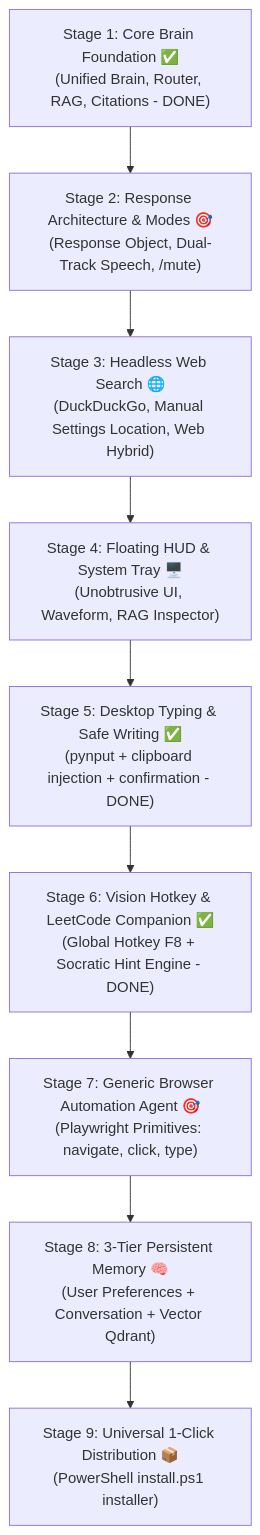
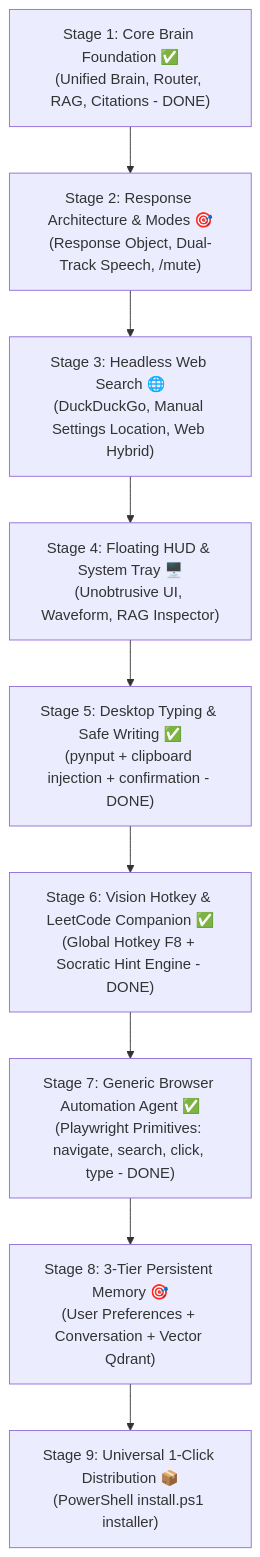
One commit to Gaurav01001/Thanatos changed the second of 2 diagrams in JARVIS_ROADMAP.md. Above: the diagram before and after it, drawn with Mermaid. The commit also changed other lines of this file and 47 other files, not shown here.

````diff
--- a/JARVIS_ROADMAP.md
+++ b/JARVIS_ROADMAP.md
@@ -99,14 +99,14 @@
 ```mermaid
 flowchart TD
     M1["Stage 1: Core Brain Foundation ✅<br>(Unified Brain, Router, RAG, Citations - DONE)"]
     M2["Stage 2: Response Architecture & Modes 🎯<br>(Response Object, Dual-Track Speech, /mute)"]
     M3["Stage 3: Headless Web Search 🌐<br>(DuckDuckGo, Manual Settings Location, Web Hybrid)"]
     M4["Stage 4: Floating HUD & System Tray 🖥️<br>(Unobtrusive UI, Waveform, RAG Inspector)"]
     M5["Stage 5: Desktop Typing & Safe Writing ✅<br>(pynput + clipboard injection + confirmation - DONE)"]
     M6["Stage 6: Vision Hotkey & LeetCode Companion ✅<br>(Global Hotkey F8 + Socratic Hint Engine - DONE)"]
-    M7["Stage 7: Generic Browser Automation Agent 🎯<br>(Playwright Primitives: navigate, click, type)"]
-    M8["Stage 8: 3-Tier Persistent Memory 🧠<br>(User Preferences + Conversation + Vector Qdrant)"]
+    M7["Stage 7: Generic Browser Automation Agent ✅<br>(Playwright Primitives: navigate, search, click, type - DONE)"]
+    M8["Stage 8: 3-Tier Persistent Memory 🎯<br>(User Preferences + Conversation + Vector Qdrant)"]
     M9["Stage 9: Universal 1-Click Distribution 📦<br>(PowerShell install.ps1 installer)"]
 
     M1 --> M2 --> M3 --> M4 --> M5 --> M6 --> M7 --> M8 --> M9
 ```
````
